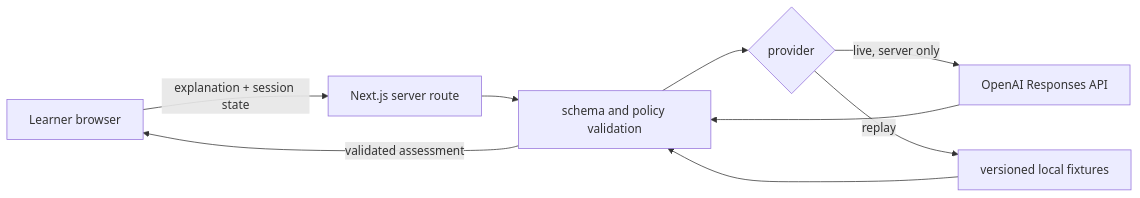
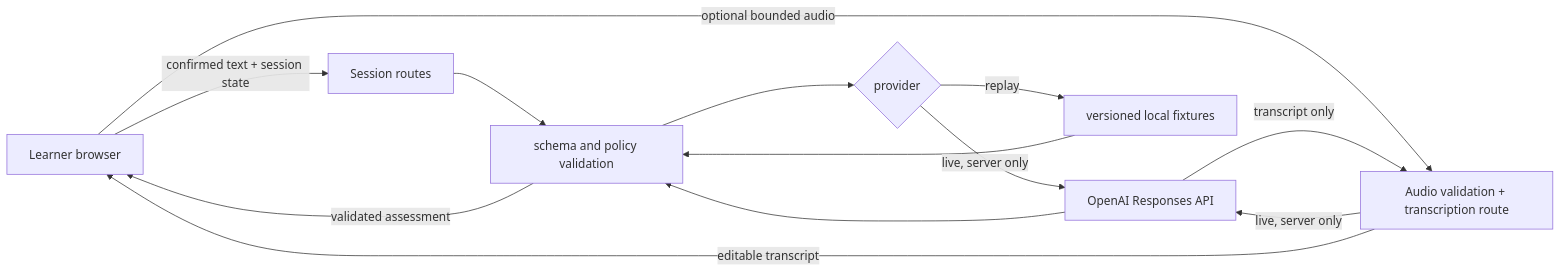
One commit to AtchayamG/SishyaGuru changed the diagram in docs/security/THREAT_MODEL.md. Above: the diagram before and after it, drawn with Mermaid. The commit also changed other lines of this file and 25 other files, not shown here.

Commit message:
docs: add bounded voice agent architecture

````diff
--- a/docs/security/THREAT_MODEL.md
+++ b/docs/security/THREAT_MODEL.md
@@ -9,11 +11,15 @@
 ```mermaid
 flowchart LR
-  L["Learner browser"] -->|"explanation + session state"| R["Next.js server route"]
+  L["Learner browser"] -->|"confirmed text + session state"| R["Session routes"]
+  L -->|"optional bounded audio"| A["Audio validation + transcription route"]
   R --> V["schema and policy validation"]
   V --> P{"provider"}
   P -->|"live, server only"| O["OpenAI Responses API"]
   P -->|"replay"| F["versioned local fixtures"]
+  A -->|"live, server only"| O
+  O -->|"transcript only"| A
+  A -->|"editable transcript"| L
   O --> V
   F --> V
   V -->|"validated assessment"| L
 ```
````
